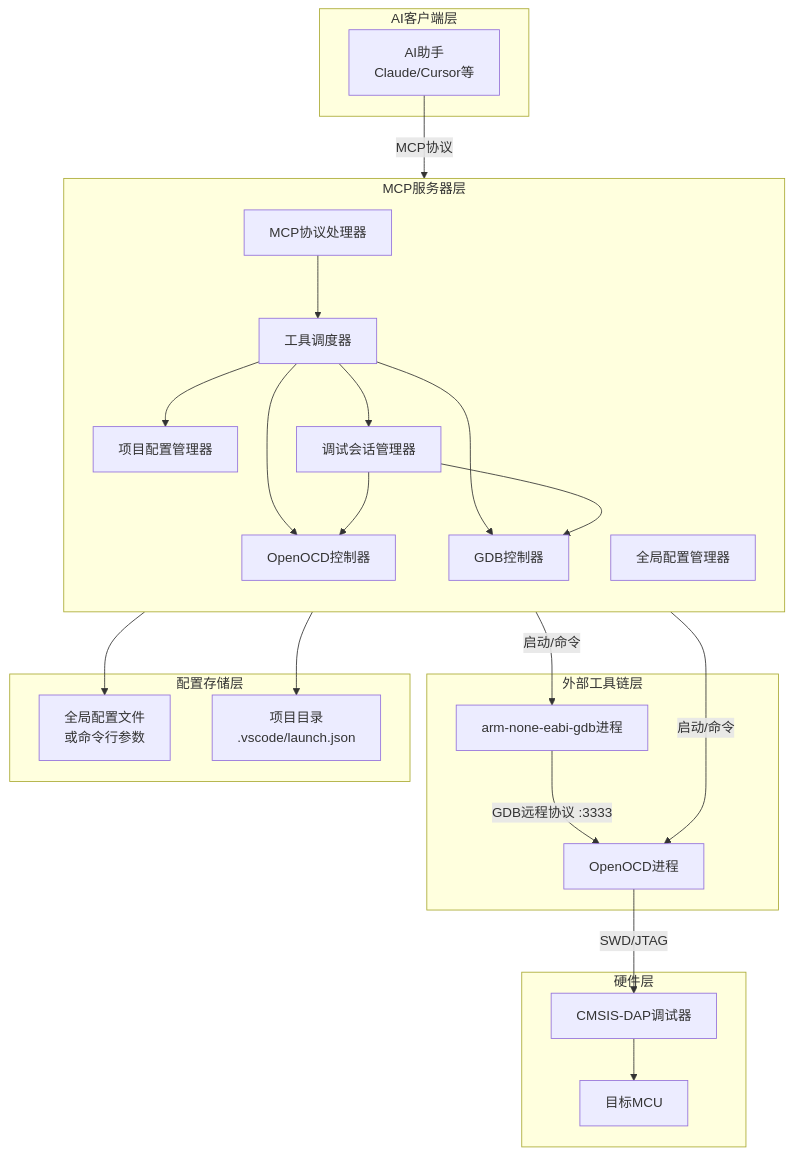
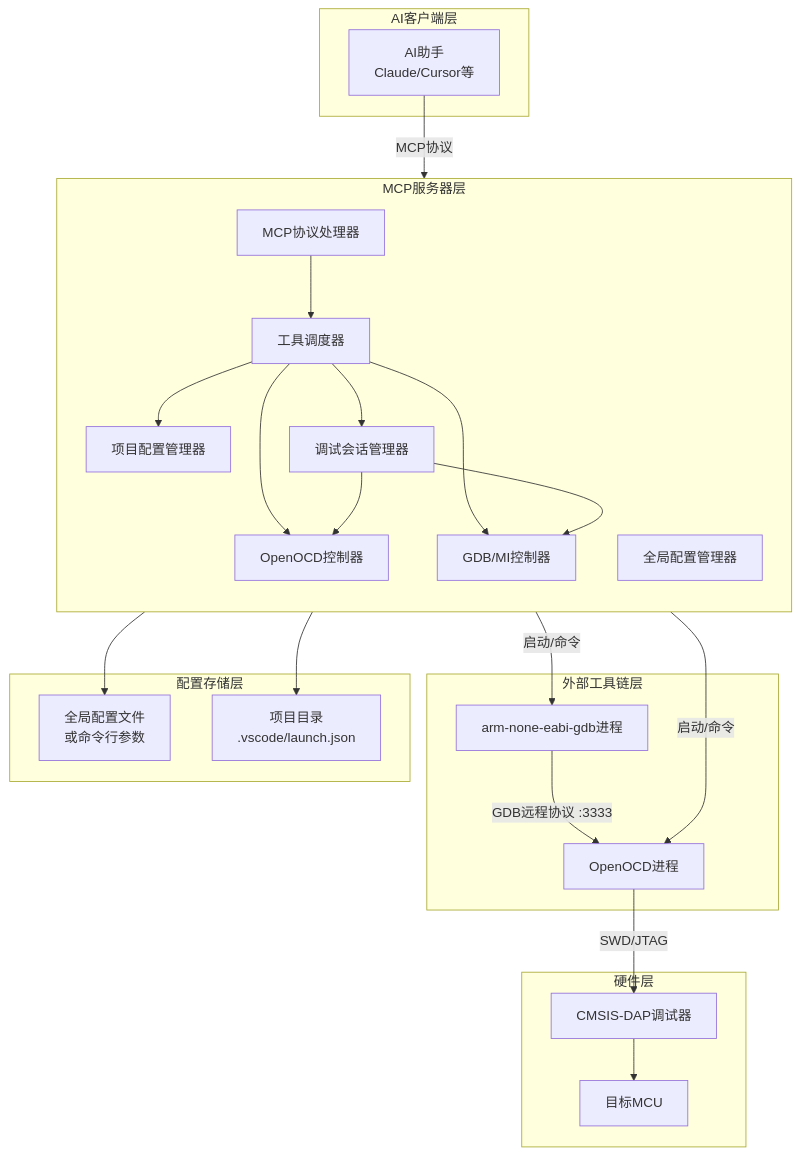
One commit to luiox/openocd-mcp changed the diagram in 架构设计.md. Above: the diagram before and after it, drawn with Mermaid. The commit also changed other lines of this file and 7 other files, not shown here.

````diff
--- a/架构设计.md
+++ b/架构设计.md
@@ -9,48 +9,48 @@
 ```mermaid
 flowchart TB
     subgraph AI客户端层
         A[AI助手<br>Claude/Cursor等]
     end
 
     subgraph MCP服务器层
         direction TB
         B[MCP协议处理器]
         C[工具调度器]
         D[全局配置管理器]
         E[项目配置管理器]
         F[调试会话管理器]
         G[OpenOCD控制器]
-        H[GDB控制器]
+        H[GDB/MI控制器]
     end
 
     subgraph 外部工具链层
         J[OpenOCD进程]
         K[arm-none-eabi-gdb进程]
     end
 
     subgraph 硬件层
         L[CMSIS-DAP调试器]
         M[目标MCU]
     end
 
     subgraph 配置存储层
         N[全局配置文件<br>或命令行参数]
         O[项目目录<br>.vscode/launch.json]
     end
 
     A -- MCP协议 --> B
     B --> C
     C --> E
     C --> F
     C --> G
     C --> H
     D --> N
     E --> O
     F --> G
     F --> H
     G -- 启动/命令 --> J
     H -- 启动/命令 --> K
     J -- SWD/JTAG --> L
     L --> M
     K -- GDB远程协议 :3333 --> J
 ```
````
